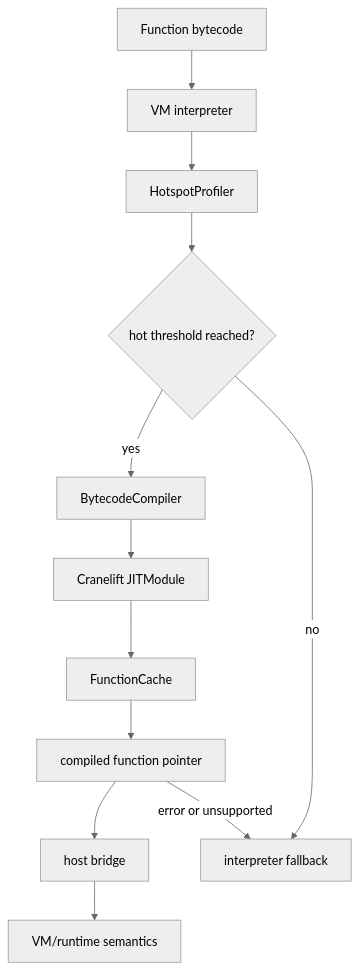
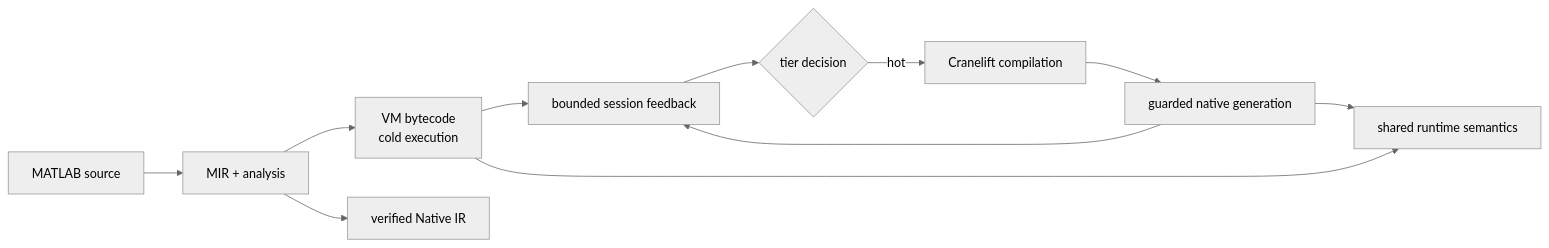
Before and after one commit to runmat-org/runmat: the diagram in docs/jit/index.md, drawn with Mermaid (neutral theme). The commit also changed other lines of this file and 61 other files, not shown here.

````diff
--- a/docs/jit/index.md
+++ b/docs/jit/index.md
@@ -16,23 +16,13 @@
 ```mermaid
-flowchart TD
-  Bytecode["Function bytecode"]
-  Interpreter["VM interpreter"]
-  Profiler["HotspotProfiler"]
-  Hot{"hot threshold reached?"}
-  Compiler["BytecodeCompiler"]
-  Cranelift["Cranelift JITModule"]
-  Cache["FunctionCache"]
-  Native["compiled function pointer"]
-  Bridge["host bridge"]
-  Runtime["VM/runtime semantics"]
-  Fallback["interpreter fallback"]
-
-  Bytecode --> Interpreter
-  Interpreter --> Profiler
-  Profiler --> Hot
-  Hot -->|no| Fallback
-  Hot -->|yes| Compiler --> Cranelift --> Cache
-  Cache --> Native
-  Native --> Bridge --> Runtime
-  Native -->|error or unsupported| Fallback
+flowchart LR
+  Source["MATLAB source"] --> MIR["MIR + analysis"]
+  MIR --> VM["VM bytecode<br/>cold execution"]
+  MIR --> NativeIR["verified Native IR"]
+  Feedback["bounded session feedback"] --> Policy{"tier decision"}
+  VM --> Feedback
+  Policy -->|hot| Compile["Cranelift compilation"]
+  Compile --> Published["guarded native generation"]
+  Published --> Runtime["shared runtime semantics"]
+  VM --> Runtime
+  Published --> Feedback
 ```
````
